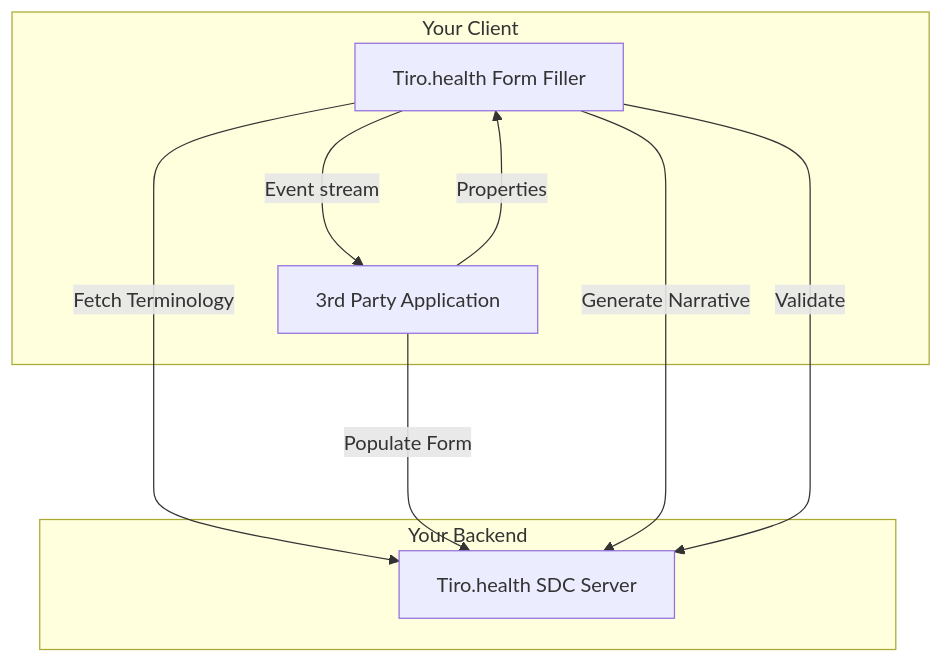
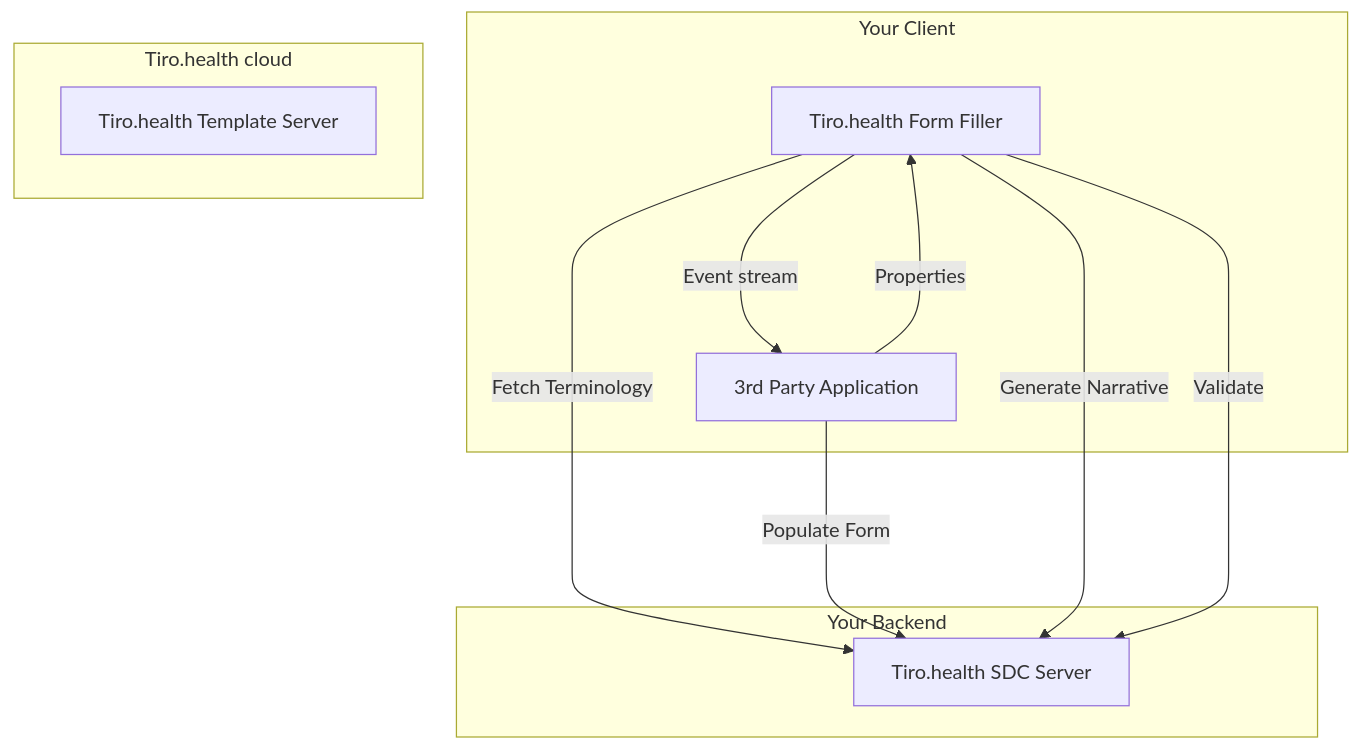
The first of 2 diagrams in src/app/form-sdk/page.mdx (Tiro-health/atticus-docs), drawn with Mermaid before and after one commit. The commit also changed other lines of this file, not shown here.

Commit message:
Add Tiro.health Template Server to diagram

````diff
--- a/src/app/form-sdk/page.mdx
+++ b/src/app/form-sdk/page.mdx
@@ -56,18 +56,21 @@
 ```mermaid
 flowchart TD
 
 	subgraph Your Client
 			FF[Tiro.health Form Filler]
 			HA[3rd Party Application]
 	end
 	subgraph Your Backend
-					SDC[Tiro.health SDC Server]
+			SDC[Tiro.health SDC Server]
+	end
+	subgraph Tiro.health cloud
+			TS[Tiro.health Template Server]
 	end
 	FF --->|Fetch Terminology| SDC
 	HA --->|Populate Form| SDC
 	FF --->|Generate Narrative| SDC
 	FF --->|Validate| SDC
 
 	FF --->|Event stream| HA
 	HA --->|Properties| FF
 ```
````
